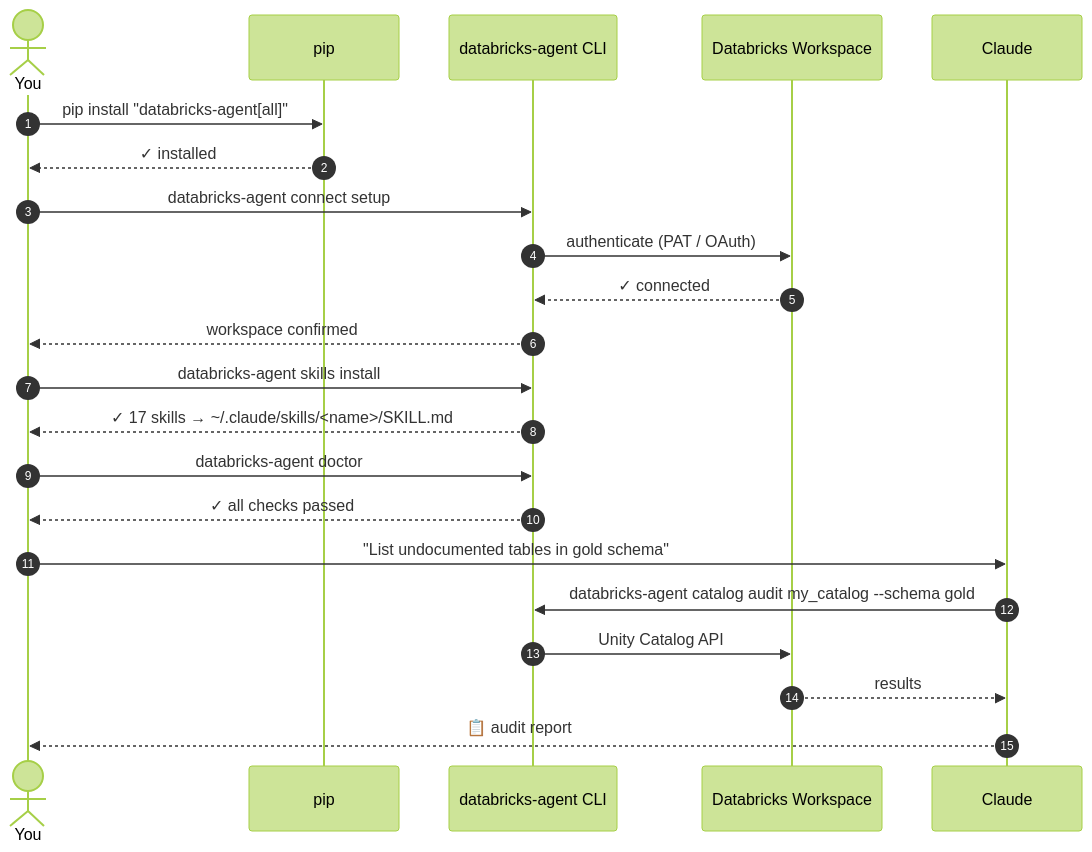
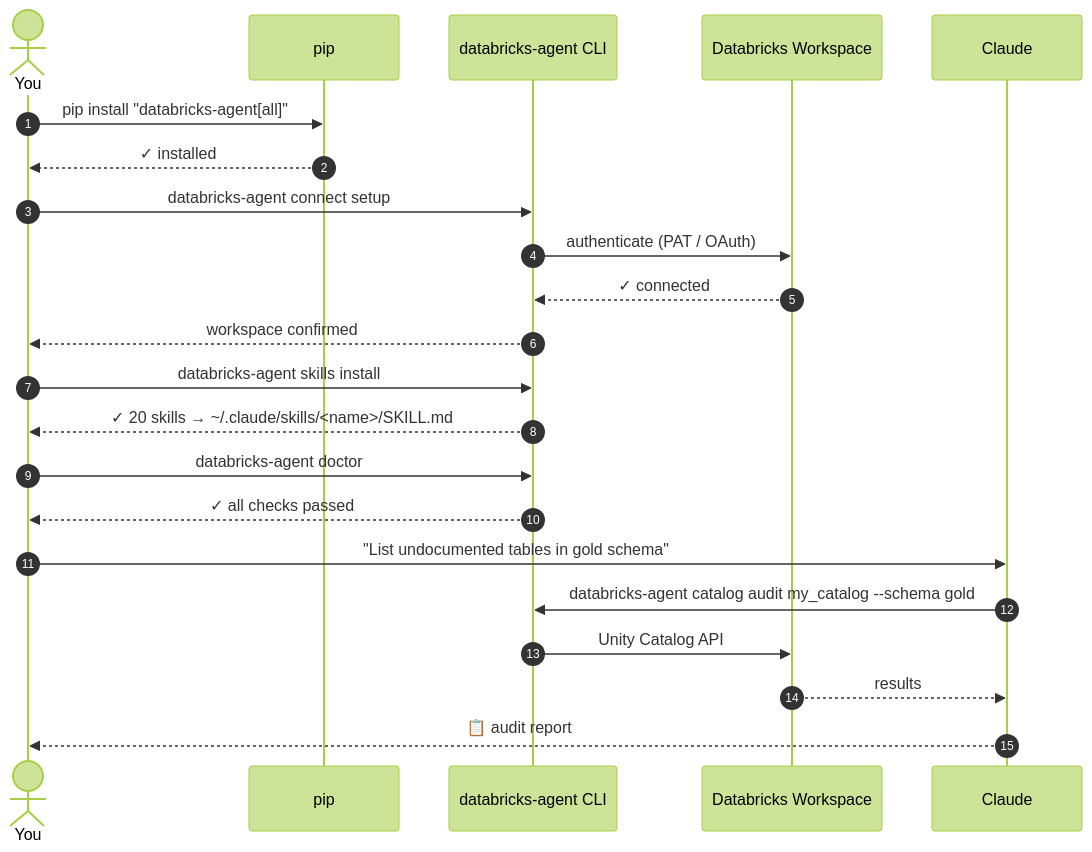
One commit to santoshkanthety/databricks-agent changed the third of 6 diagrams in README.md. Above: the diagram before and after it, drawn with Mermaid (forest theme). The commit also changed other lines of this file and 7 other files, not shown here.

````diff
--- a/README.md
+++ b/README.md
@@ -209,29 +221,29 @@
 ```mermaid
 sequenceDiagram
     autonumber
     actor You
     participant pip
     participant CLI as databricks-agent CLI
     participant WS as Databricks Workspace
     participant Claude
 
     You->>pip: pip install "databricks-agent[all]"
     pip-->>You: ✓ installed
 
     You->>CLI: databricks-agent connect setup
     CLI->>WS: authenticate (PAT / OAuth)
     WS-->>CLI: ✓ connected
     CLI-->>You: workspace confirmed
 
     You->>CLI: databricks-agent skills install
-    CLI-->>You: ✓ 17 skills → ~/.claude/skills/<name>/SKILL.md
+    CLI-->>You: ✓ 20 skills → ~/.claude/skills/<name>/SKILL.md
 
     You->>CLI: databricks-agent doctor
     CLI-->>You: ✓ all checks passed
 
     You->>Claude: "List undocumented tables in gold schema"
     Claude->>CLI: databricks-agent catalog audit my_catalog --schema gold
     CLI->>WS: Unity Catalog API
     WS-->>Claude: results
     Claude-->>You: 📋 audit report
 ```
````
